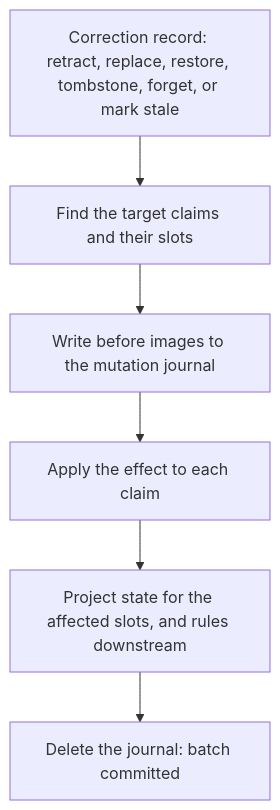
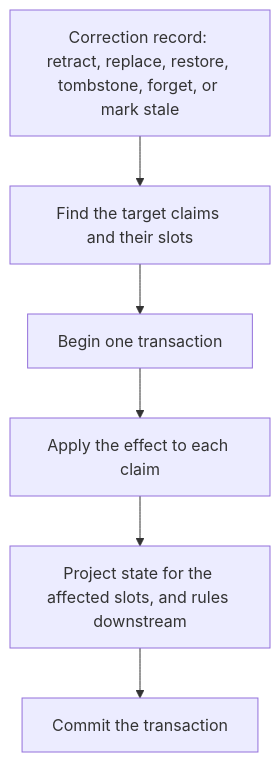
Before and after one commit to jadenpxrk/finch: diagram 12 of 13 in docs/architecture.md, drawn with Mermaid. The commit also changed other lines of this file and 43 other files, not shown here.

````diff
--- a/docs/architecture.md
+++ b/docs/architecture.md
@@ -287,10 +286,10 @@
 ```mermaid
 flowchart TD
   X[Correction record: retract, replace, restore, tombstone, forget, or mark stale]
   V[Find the target claims and their slots]
-  J[Write before images to the mutation journal]
+  B[Begin one transaction]
   A[Apply the effect to each claim]
   P[Project state for the affected slots, and rules downstream]
-  K[Delete the journal: batch committed]
-  X --> V --> J --> A --> P --> K
+  K[Commit the transaction]
+  X --> V --> B --> A --> P --> K
 ```
````
